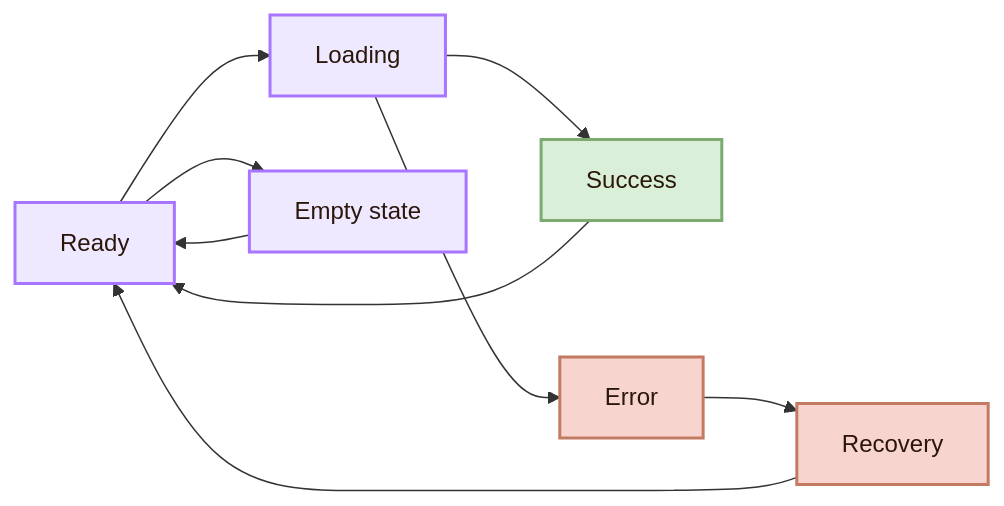
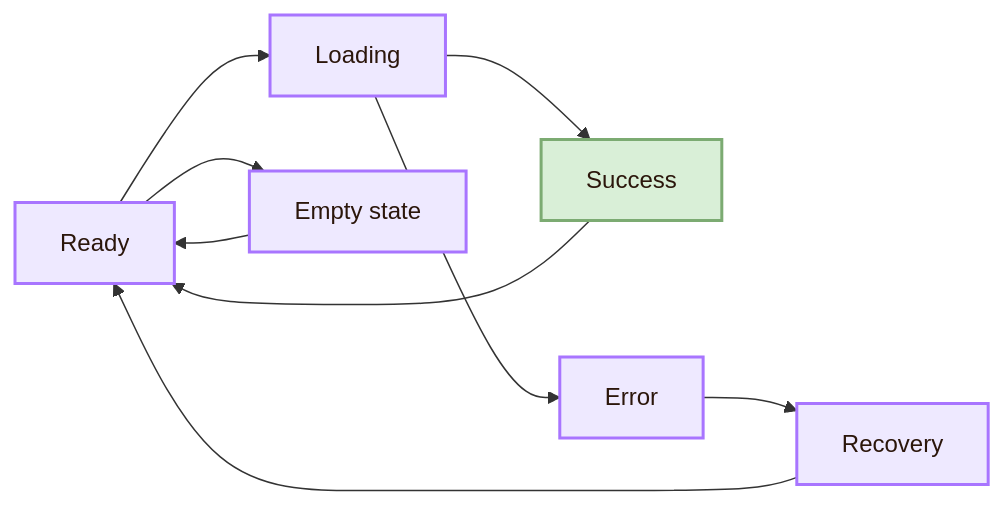
Before and after one commit to andreitegzes06-ui/CogniShire: the sixth of 11 diagrams in 01_Core_Area_HCI/001_Subareas/02_System_Design/Activities/Experiment.md, drawn with Mermaid. The commit also changed other lines of this file and 131 other files, not shown here.

````diff
--- a/01_Core_Area_HCI/001_Subareas/02_System_Design/Activities/Experiment.md
+++ b/01_Core_Area_HCI/001_Subareas/02_System_Design/Activities/Experiment.md
@@ -211,19 +210,17 @@
 ```mermaid
 flowchart LR
     A[Ready] --> B[Loading]
     B --> C[Success]
     B --> D[Error]
     D --> E[Recovery]
     E --> A
     C --> A
     A --> F[Empty state]
     F --> A
 
     classDef node fill:#eee9ff,stroke:#a875ff,color:#2b160b,stroke-width:2px;
-    classDef warning fill:#f7d4cd,stroke:#c27a63,color:#2b160b,stroke-width:2px;
     classDef final fill:#d9efd7,stroke:#7cab72,color:#2b160b,stroke-width:2px;
 
     class A,B,F node;
-    class D,E warning;
     class C final;
 ```
````
